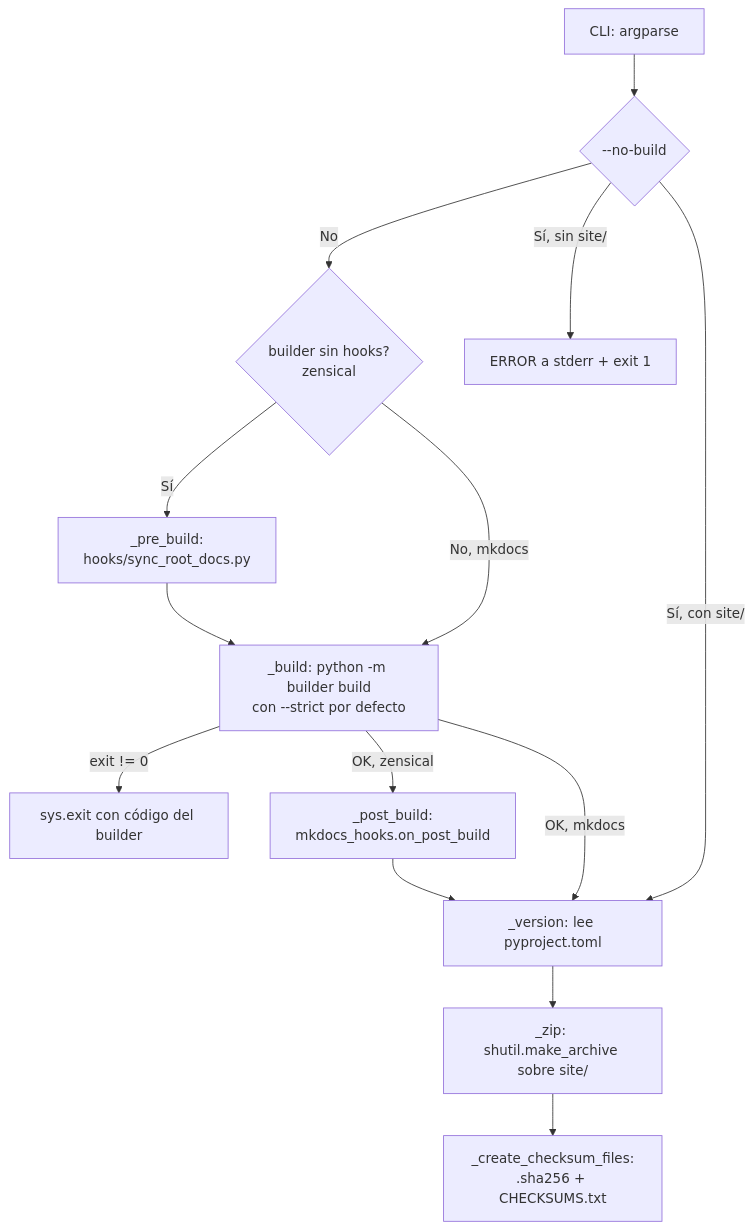
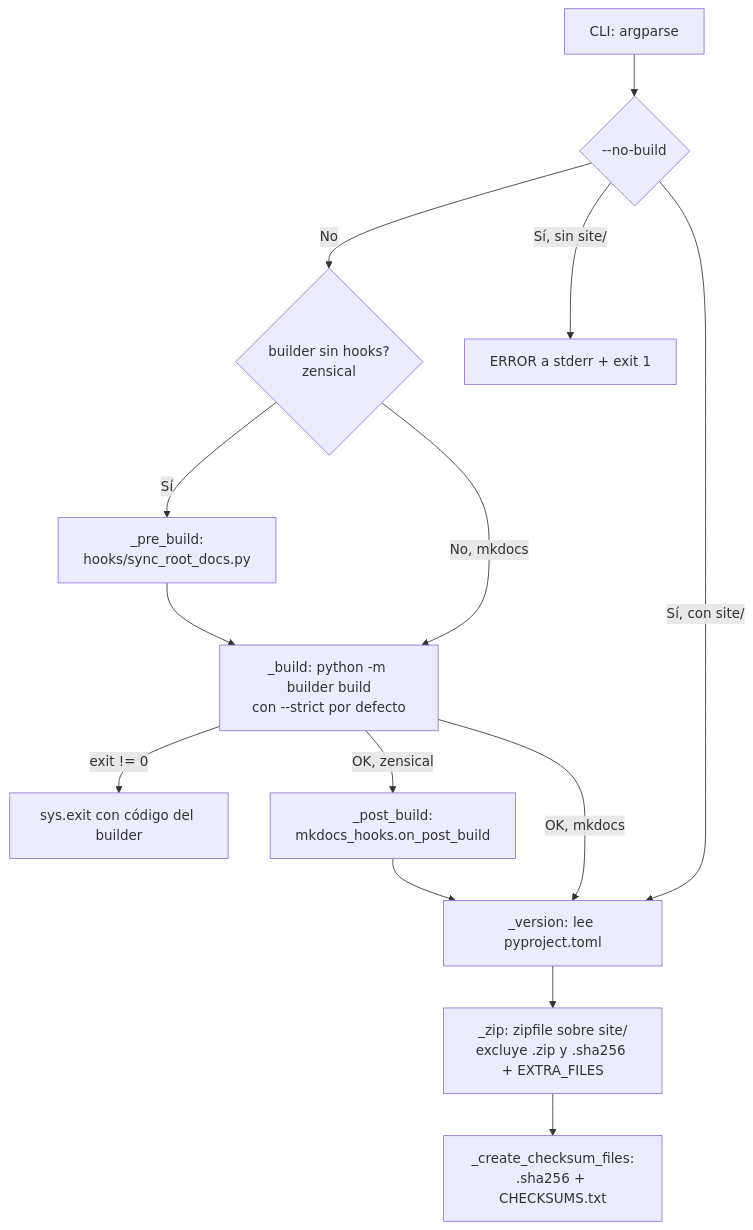
Before and after one commit to fmanza/doc_ia: the first of 2 diagrams in docs/api/build_docs_zip.md, drawn with Mermaid. The commit also changed other lines of this file and 31 other files, not shown here.

````diff
--- a/docs/api/build_docs_zip.md
+++ b/docs/api/build_docs_zip.md
@@ -18,18 +18,18 @@
 ```mermaid
 flowchart TD
     accTitle: Flujo de build_docs_zip.py
     accDescr: Sin --no-build ejecuta el pre-build si el generador no admite hooks, construye el sitio en modo estricto y, con Zensical, el post-build; después lee la versión, crea el ZIP y los ficheros de checksum. Con --no-build reutiliza site/ o falla si no existe.
     A[CLI: argparse] --> B{--no-build}
     B -- No --> P{builder sin hooks?<br/>zensical}
     P -- Sí --> PRE[_pre_build:<br/>hooks/sync_root_docs.py]
     PRE --> C[_build: python -m builder build<br/>con --strict por defecto]
     P -- "No, mkdocs" --> C
     C -- "exit != 0" --> X[sys.exit con código del builder]
     C -- "OK, zensical" --> POST[_post_build:<br/>mkdocs_hooks.on_post_build]
     POST --> D
     B -- "Sí, sin site/" --> Y[ERROR a stderr + exit 1]
     C -- "OK, mkdocs" --> D[_version: lee pyproject.toml]
     B -- "Sí, con site/" --> D
-    D --> E[_zip: shutil.make_archive sobre site/]
+    D --> E["_zip: zipfile sobre site/<br/>excluye .zip y .sha256 + EXTRA_FILES"]
     E --> F[_create_checksum_files:<br/>.sha256 + CHECKSUMS.txt]
 ```
````
